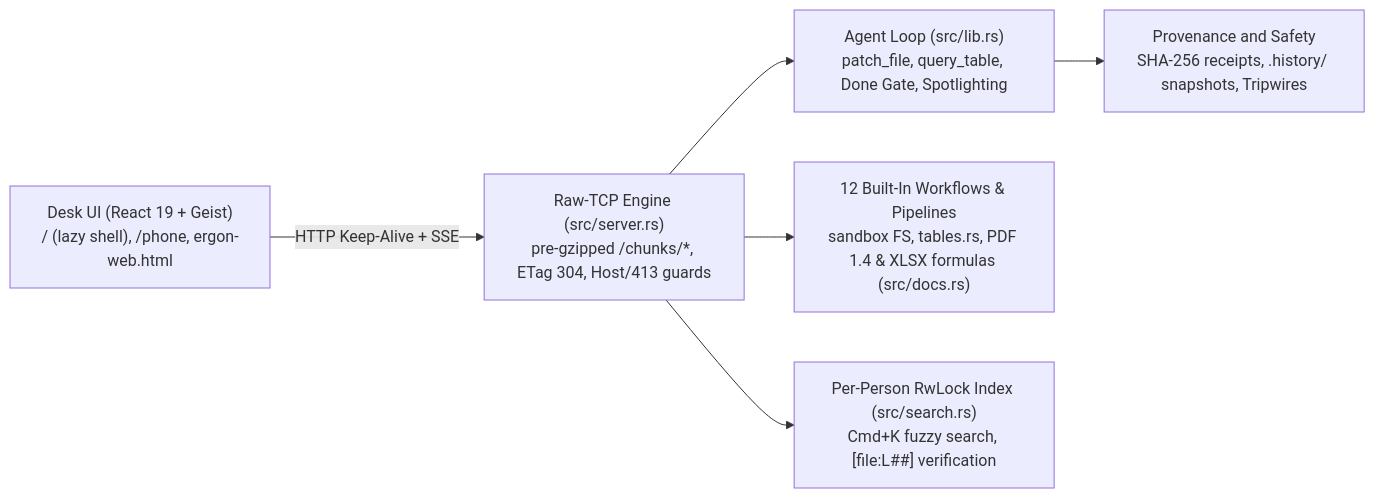
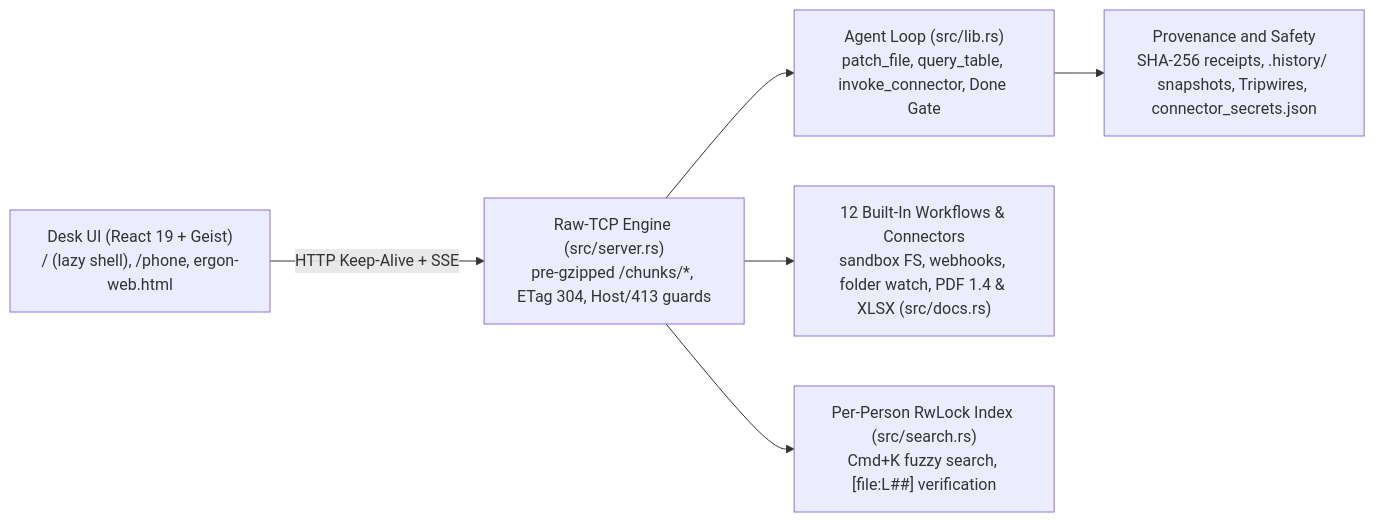
One commit to cayleb-james2008/ergon changed the diagram in README.md. Above: the diagram before and after it, drawn with Mermaid. The commit also changed other lines of this file and 12 other files, not shown here.

````diff
--- a/README.md
+++ b/README.md
@@ -66,8 +76,8 @@
 ```mermaid
 flowchart LR
   UI["Desk UI (React 19 + Geist)\n/ (lazy shell), /phone, ergon-web.html"] -->|HTTP Keep-Alive + SSE| HTTP["Raw-TCP Engine (src/server.rs)\npre-gzipped /chunks/*, ETag 304, Host/413 guards"]
-  HTTP --> Agent["Agent Loop (src/lib.rs)\npatch_file, query_table, Done Gate, Spotlighting"]
-  HTTP --> Workflows["12 Built-In Workflows & Pipelines\nsandbox FS, tables.rs, PDF 1.4 & XLSX formulas (src/docs.rs)"]
+  HTTP --> Agent["Agent Loop (src/lib.rs)\npatch_file, query_table, invoke_connector, Done Gate"]
+  HTTP --> Workflows["12 Built-In Workflows & Connectors\nsandbox FS, webhooks, folder watch, PDF 1.4 & XLSX (src/docs.rs)"]
   HTTP --> Index["Per-Person RwLock Index (src/search.rs)\nCmd+K fuzzy search, [file:L##] verification"]
-  Agent --> Ledger["Provenance and Safety\nSHA-256 receipts, .history/ snapshots, Tripwires"]
+  Agent --> Ledger["Provenance and Safety\nSHA-256 receipts, .history/ snapshots, Tripwires, connector_secrets.json"]
 ```
````
